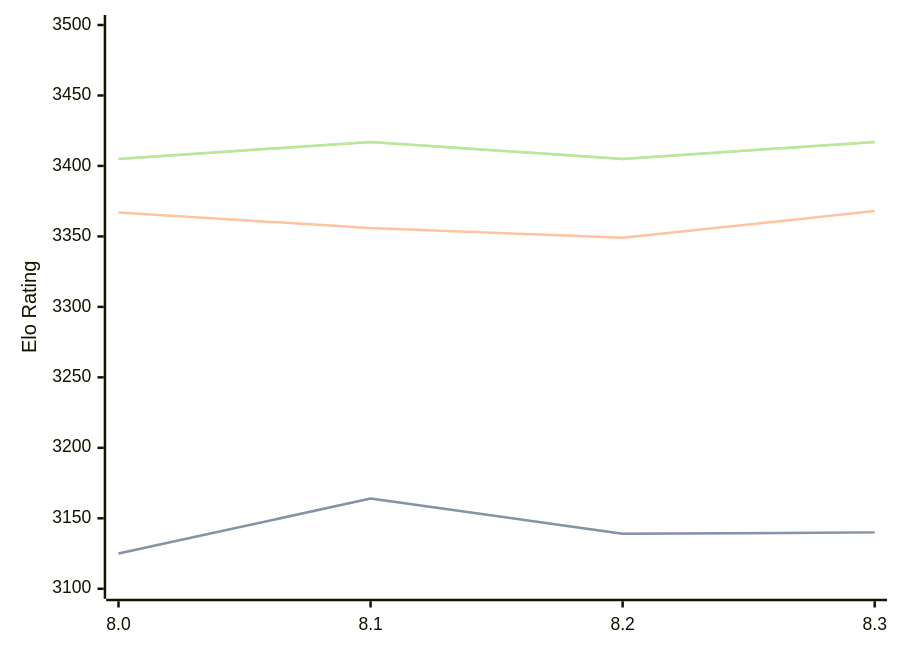
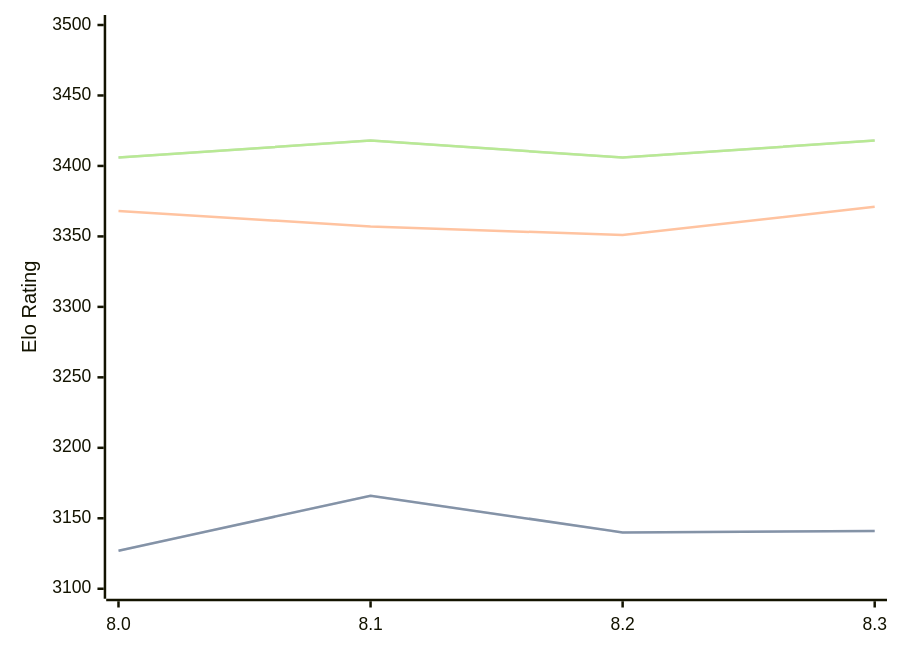
The diagram in engines/Alexander.md (computer-chess-index/cci), drawn with Mermaid before and after one commit. The commit also changed other lines of this file, not shown here.

Commit message:
Update CCI Ratings (ELO VLTC) - 2026-08-15

````diff
--- a/engines/Alexander.md
+++ b/engines/Alexander.md
@@ -34,11 +34,11 @@
 ```mermaid
 %%{init: {"theme":"base","themeVariables":{"seriesColors:['#a3a3a3','#222221','#faa371']}}}%%
 xychart-beta
   x-axis ["8.0", "8.1", "8.2", "8.3"]
   y-axis "Elo Rating" 3100 --> 3500
-  line "STC (8.0+0.08s)" [3125, 3164, 3139, 3140]
-  line "STC (8.0+0.08s)" [3125, 3164, 3139, 3140]
-  line "LTC (60.0+0.60s)" [3367, 3356, 3349, 3368]
-  line "VLTC (2m24s+1.12s)" [3405, 3417, 3405, 3417]
-  line "VLTC (2m24s+1.12s)" [3405, 3417, 3405, 3417]
+  line "STC (8.0+0.08s)" [3127, 3166, 3140, 3141]
+  line "STC (8.0+0.08s)" [3127, 3166, 3140, 3141]
+  line "LTC (60.0+0.60s)" [3368, 3357, 3351, 3371]
+  line "VLTC (2m24s+1.12s)" [3406, 3418, 3406, 3418]
+  line "VLTC (2m24s+1.12s)" [3406, 3418, 3406, 3418]
 ```
````
